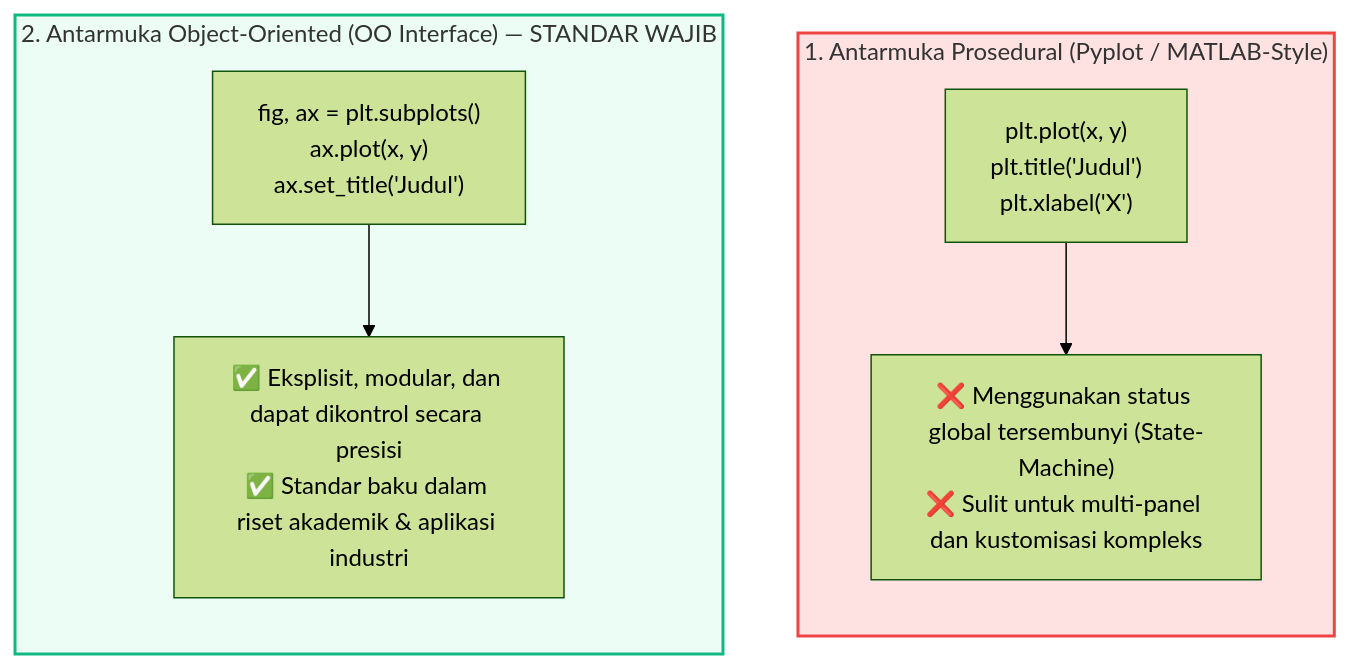
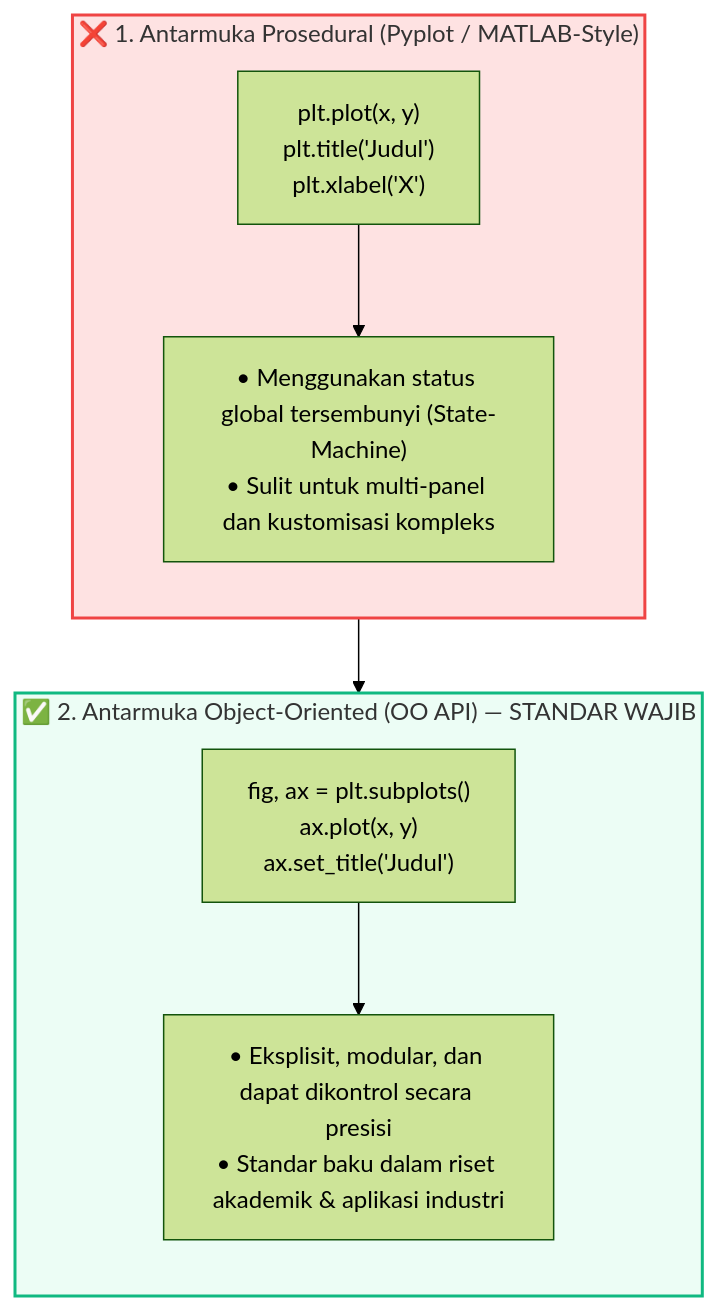
The first of 3 diagrams in docs/visualisasi-data/05-matplotlib-fundamental.md (mahendaruui/Perkuliahan), drawn with Mermaid (forest theme) before and after one commit. The commit also changed other lines of this file and 15 other files, not shown here.

Commit message:
refactor: update and standardize mermaid diagrams across all documentation modules

````diff
--- a/docs/visualisasi-data/05-matplotlib-fundamental.md
+++ b/docs/visualisasi-data/05-matplotlib-fundamental.md
@@ -17,19 +17,21 @@
 ```mermaid
 flowchart TD
-    subgraph Prosedural["1. Antarmuka Prosedural (Pyplot / MATLAB-Style)"]
+    subgraph Prosedural["❌ 1. Antarmuka Prosedural (Pyplot / MATLAB-Style)"]
         direction TB
         P1["plt.plot(x, y)<br>plt.title('Judul')<br>plt.xlabel('X')"]
-        P2["❌ Menggunakan status global tersembunyi (State-Machine)<br>❌ Sulit untuk multi-panel dan kustomisasi kompleks"]
+        P2["• Menggunakan status global tersembunyi (State-Machine)<br>• Sulit untuk multi-panel dan kustomisasi kompleks"]
         P1 --> P2
     end
 
-    subgraph OO["2. Antarmuka Object-Oriented (OO Interface) — STANDAR WAJIB"]
+    subgraph OO["✅ 2. Antarmuka Object-Oriented (OO API) — STANDAR WAJIB"]
         direction TB
         O1["fig, ax = plt.subplots()<br>ax.plot(x, y)<br>ax.set_title('Judul')"]
-        O2["✅ Eksplisit, modular, dan dapat dikontrol secara presisi<br>✅ Standar baku dalam riset akademik & aplikasi industri"]
+        O2["• Eksplisit, modular, dan dapat dikontrol secara presisi<br>• Standar baku dalam riset akademik & aplikasi industri"]
         O1 --> O2
     end
+
+    Prosedural --> OO
 
     style Prosedural fill:#fee2e2,stroke:#ef4444,stroke-width:2px
     style OO fill:#ecfdf5,stroke:#10b981,stroke-width:2px
 ```
````
